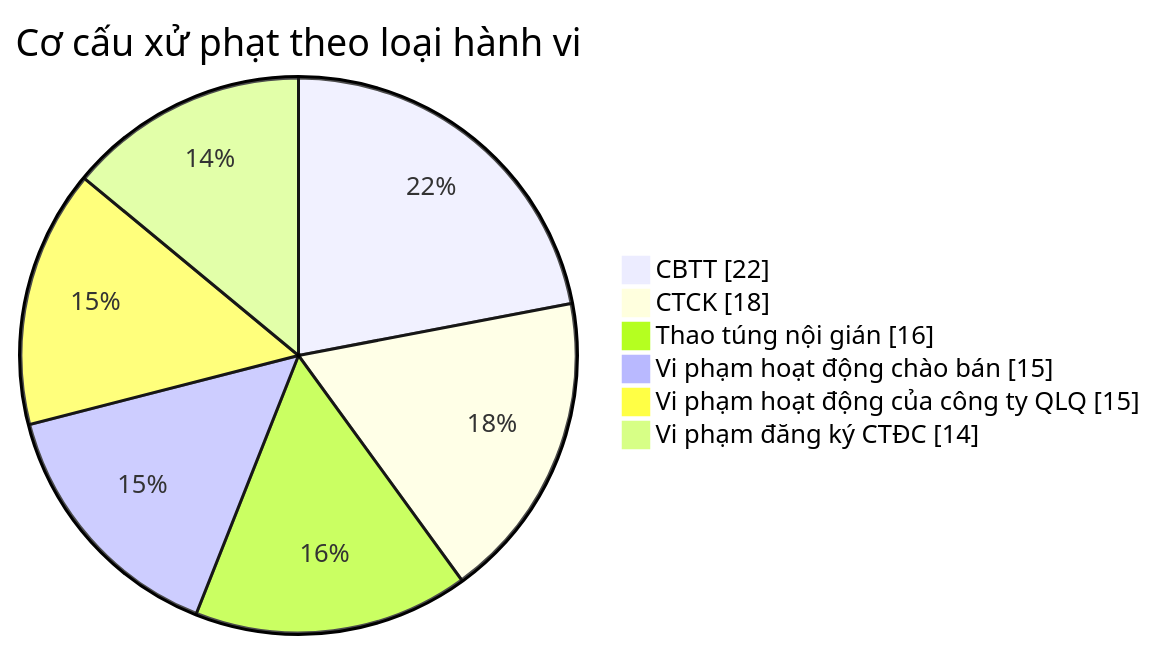
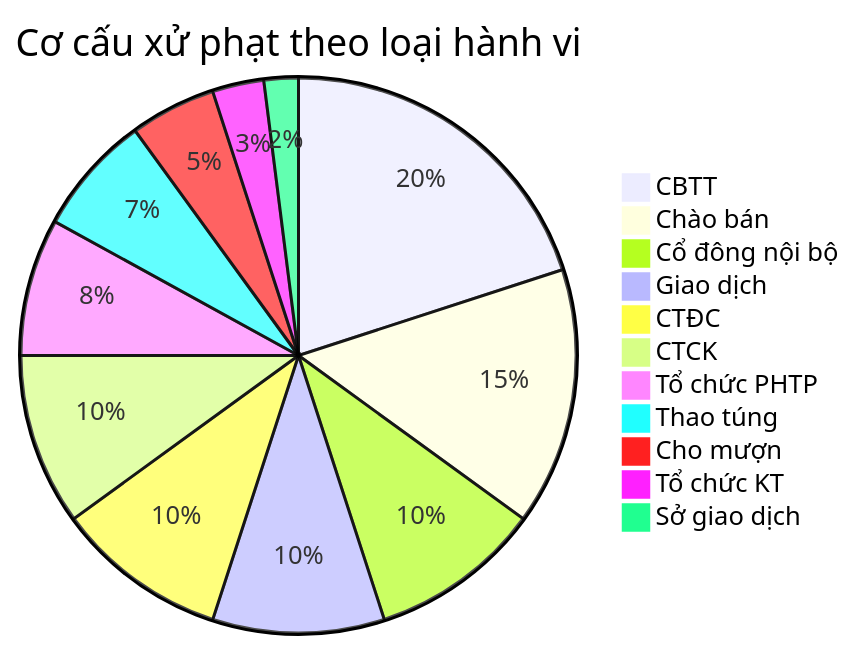
Diagram 17 of 25 in Gold/hld/GOLD_TT_HLD.md (linhlvit/ubck_atomic_design), drawn with Mermaid before and after one commit. The commit also changed other lines of this file and 7 other files, not shown here.

````diff
--- a/Gold/hld/GOLD_TT_HLD.md
+++ b/Gold/hld/GOLD_TT_HLD.md
@@ -648,10 +795,14 @@
 ```mermaid
-pie showData
-    title Cơ cấu xử phạt theo loại hành vi
-    "CBTT" : 22
-    "CTCK" : 18
-    "Thao túng nội gián" : 16
-    "Vi phạm hoạt động chào bán" : 15
-    "Vi phạm hoạt động của công ty QLQ" : 15
-    "Vi phạm đăng ký CTĐC" : 14
+pie title Cơ cấu xử phạt theo loại hành vi
+    "CBTT" : 20
+    "Chào bán" : 15
+    "Cổ đông nội bộ" : 10
+    "Giao dịch" : 10
+    "CTĐC" : 10
+    "CTCK" : 10
+    "Tổ chức PHTP" : 8
+    "Thao túng" : 7
+    "Cho mượn" : 5
+    "Tổ chức KT" : 3
+    "Sở giao dịch" : 2
 ```
````
